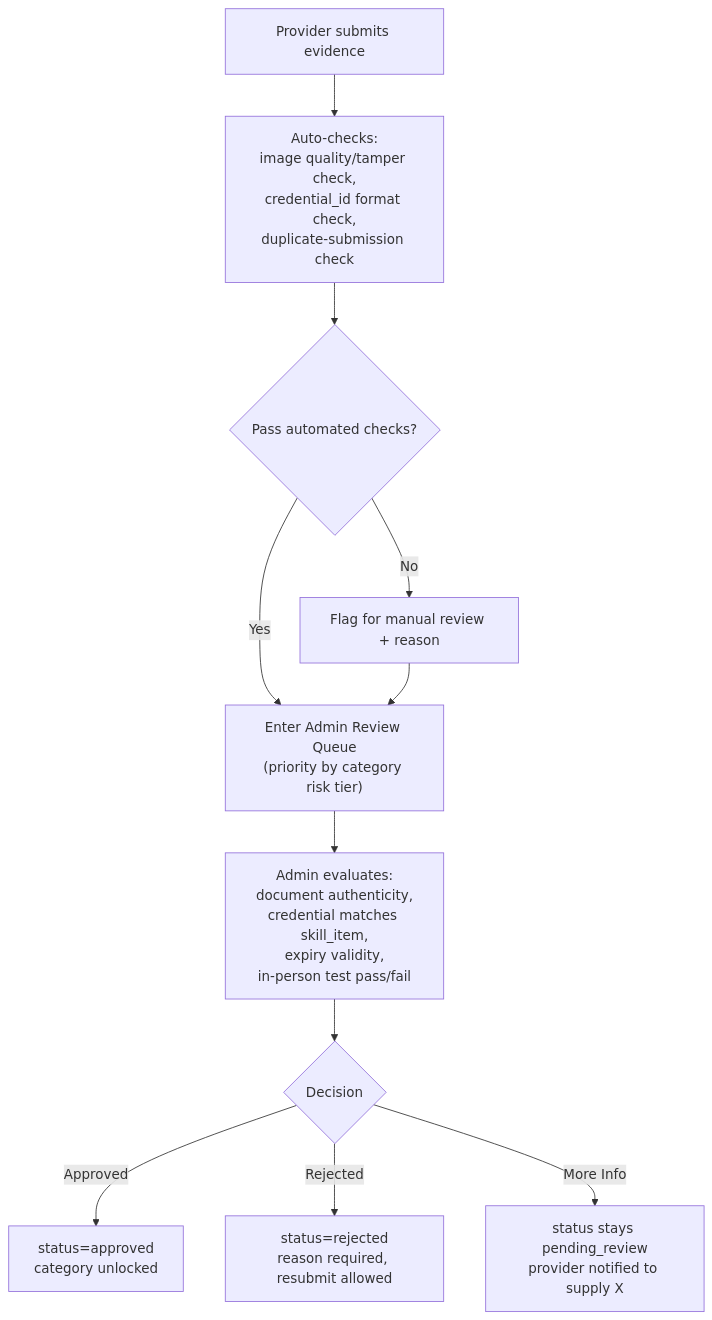
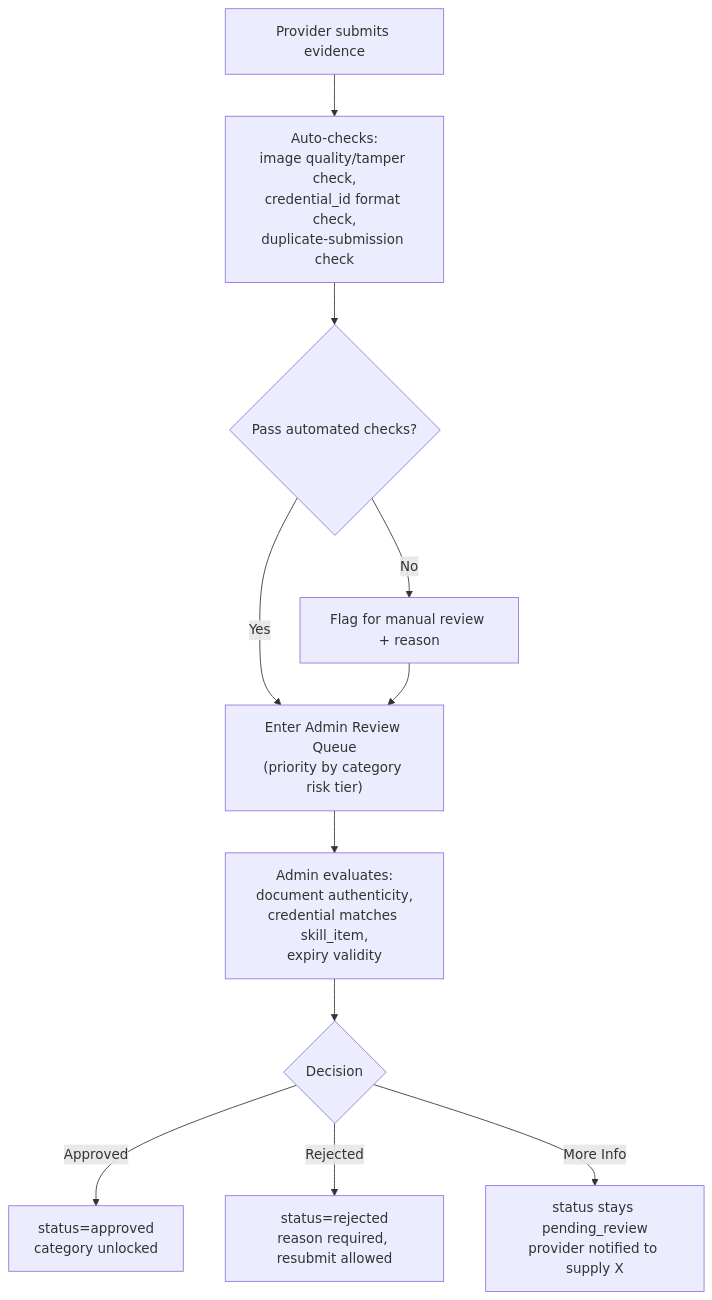
The sixth of 10 diagrams in docs/DO_IT_PROVIDER_ONBOARDING_skill_VERIFICATION_MERMAID.md (Ubaid123678/DO_IT_Platfom), drawn with Mermaid before and after one commit. The commit also changed other lines of this file and 16 other files, not shown here.

````diff
--- a/docs/DO_IT_PROVIDER_ONBOARDING_skill_VERIFICATION_MERMAID.md
+++ b/docs/DO_IT_PROVIDER_ONBOARDING_skill_VERIFICATION_MERMAID.md
@@ -225,13 +221,13 @@
 ```mermaid
 flowchart TD
     Submit["Provider submits evidence"] --> Auto["Auto-checks:\nimage quality/tamper check,\ncredential_id format check,\nduplicate-submission check"]
     Auto --> Pass{"Pass automated checks?"}
     Pass -- No --> Flag["Flag for manual review + reason"]
     Pass -- Yes --> Queue["Enter Admin Review Queue\n(priority by category risk tier)"]
     Flag --> Queue
-    Queue --> Eval["Admin evaluates:\ndocument authenticity,\ncredential matches skill_item,\nexpiry validity,\nin-person test pass/fail"]
+    Queue --> Eval["Admin evaluates:\ndocument authenticity,\ncredential matches skill_item,\nexpiry validity"]
     Eval --> Outcome{"Decision"}
     Outcome -- Approved --> R1["status=approved\ncategory unlocked"]
     Outcome -- Rejected --> R2["status=rejected\nreason required, resubmit allowed"]
     Outcome -- More Info --> R3["status stays pending_review\nprovider notified to supply X"]
 ```
````
